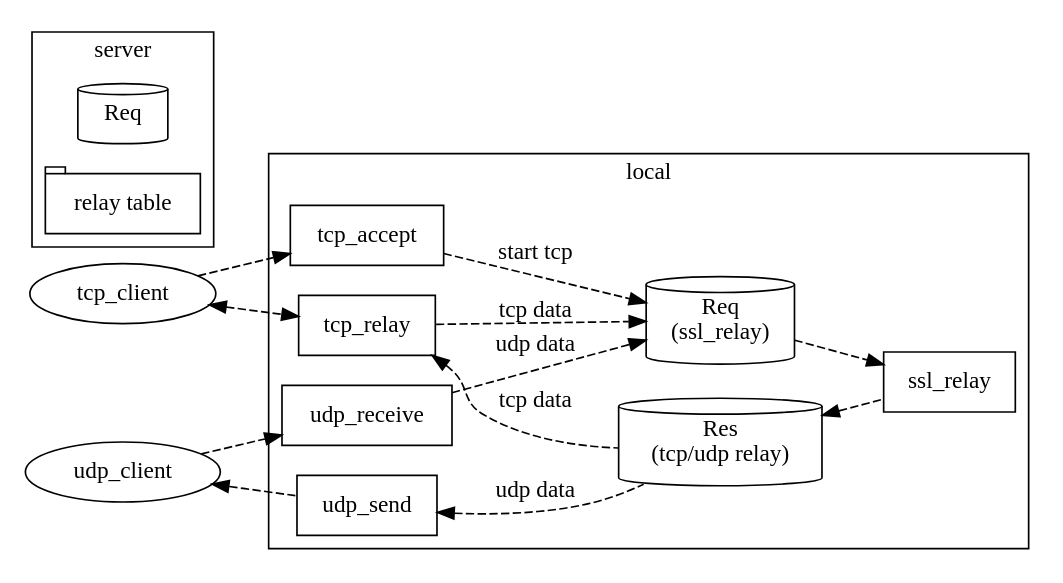
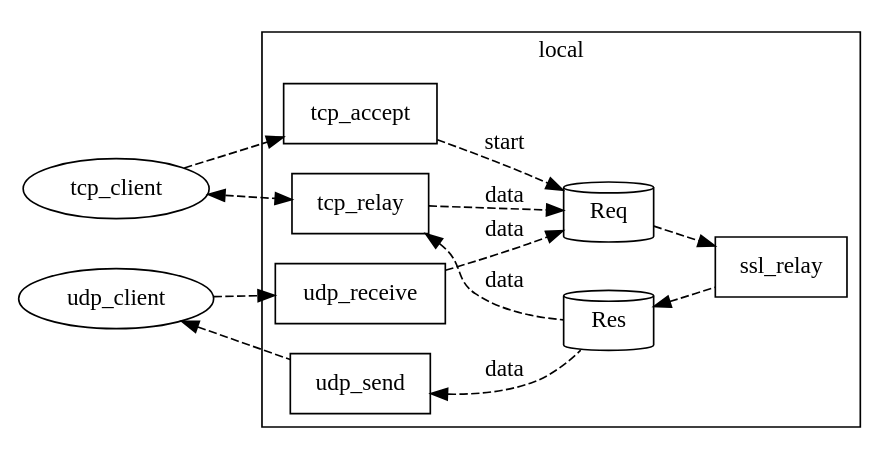
Before and after one commit to windfail/ssl-socks: the first of 2 diagrams in doc/modules.org, drawn with Graphviz. The commit also changed other lines of this file and 4 other files, not shown here.

```diff
--- a/doc/modules.org
+++ b/doc/modules.org
@@ -1,36 +1,30 @@
-#+BEGIN_SRC dot :file class.svg :cmdline -Kdot -Tsvg
-digraph modules {
-  rankdir=LR
-  node[shape=box]
-  edge[style=dashed]
-  subgraph cluster_local {
-    label="local"
-    req[shape =cylinder label="Req\n(ssl_relay)"]
-    res[shape =cylinder label="Res\n(tcp/udp relay)"]
+#+BEGIN_SRC dot :file local.svg :cmdline -Kdot -Tsvg
+  digraph local {
+    rankdir=LR
+    node[shape=box]
+    edge[style=dashed]
+    subgraph cluster_local {
+      label="local"
+      req[shape =cylinder label="Req"]
+      res[shape =cylinder label="Res"]
 
-    tcp_accept -> req[ label = "start tcp"]
-    udp_receive -> req[ label = "udp data"]
-    udp_send -> res[ dir=back label="udp data"]
-    tcp_relay -> req[ label = "tcp data"]
-    tcp_relay -> res[dir=back label = "tcp data"]
+      tcp_accept -> req[ label = "start"]
+      udp_receive -> req[ label = "data"]
+      udp_send -> res[ dir=back label="data"]
+      tcp_relay -> req[ label = "data"]
+      tcp_relay -> res[dir=back label = "data"]
 
-    req -> ssl_relay
-    res -> ssl_relay[dir=back]
+      req -> ssl_relay
+      res -> ssl_relay[dir=back]
+
+    }
+
+    tcp_client[shape = oval]
+    udp_client[shape = oval]
+    tcp_client -> tcp_accept
+    tcp_client->tcp_relay[dir=both ]
+    udp_client -> udp_receive[]
+    udp_client->udp_send[dir=back ]
 
   }
-
-  tcp_client[shape = oval]
-  udp_client[shape = oval]
-  tcp_client -> tcp_accept
-  tcp_client->tcp_relay[dir=both ]
-  udp_client -> udp_receive[]
-  udp_client->udp_send[dir=back ]
-
-  subgraph cluster_server {
-    label="server"
-    s_req[shape =cylinder label="Req"]
-    s_res[shape =tab label="relay table"]
-
-  }
-}
 #+END_SRC
```
